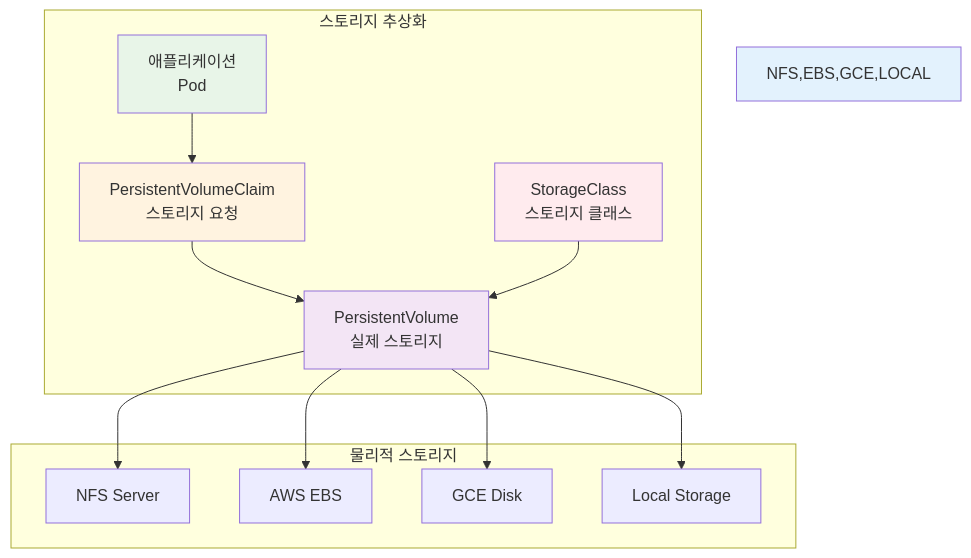
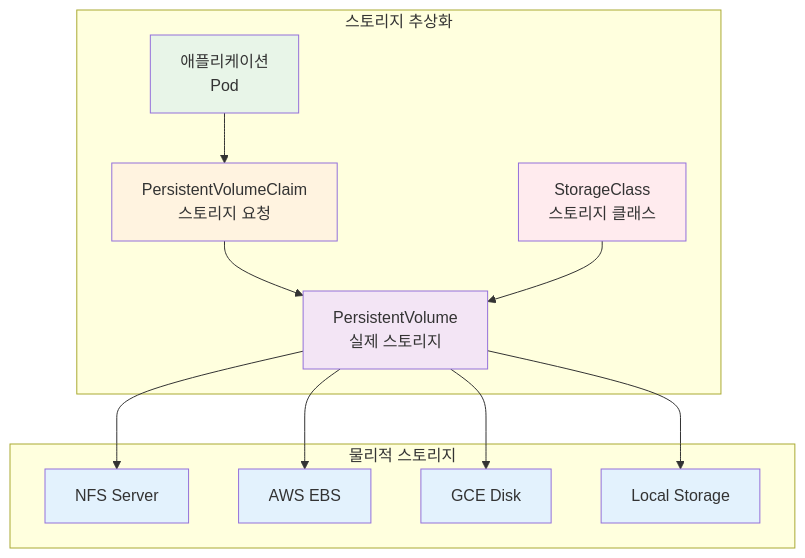
One commit to niceguy61/kdt_devops_lecture_2025 changed the fifth of 5 diagrams in theory/week_02/day4/session_2.md. Above: the diagram before and after it, drawn with Mermaid. The commit also changed other lines of this file and 63 other files, not shown here.

````diff
--- a/theory/week_02/day4/session_2.md
+++ b/theory/week_02/day4/session_2.md
@@ -336,30 +345,33 @@
 ```mermaid
 graph TB
     subgraph "스토리지 추상화"
         APP[애플리케이션<br/>Pod]
         PVC[PersistentVolumeClaim<br/>스토리지 요청]
         PV[PersistentVolume<br/>실제 스토리지]
         SC[StorageClass<br/>스토리지 클래스]
     end
     
     subgraph "물리적 스토리지"
         NFS[NFS Server]
         EBS[AWS EBS]
         GCE[GCE Disk]
         LOCAL[Local Storage]
     end
     
     APP --> PVC
     PVC --> PV
     SC --> PV
     PV --> NFS
     PV --> EBS
     PV --> GCE
     PV --> LOCAL
     
     style APP fill:#e8f5e8
     style PVC fill:#fff3e0
     style PV fill:#f3e5f5
     style SC fill:#ffebee
-    style NFS,EBS,GCE,LOCAL fill:#e3f2fd
+    style NFS fill:#e3f2fd
+    style EBS fill:#e3f2fd
+    style GCE fill:#e3f2fd
+    style LOCAL fill:#e3f2fd
 ```
````
